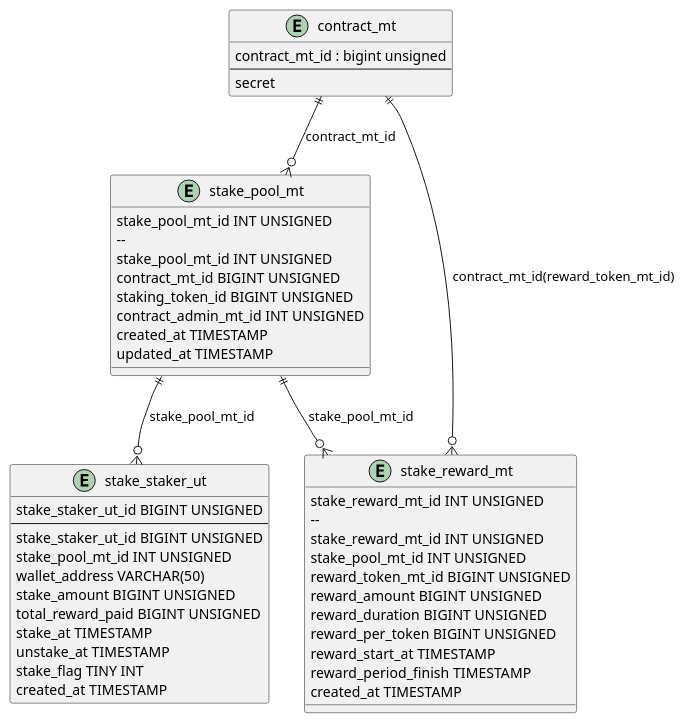
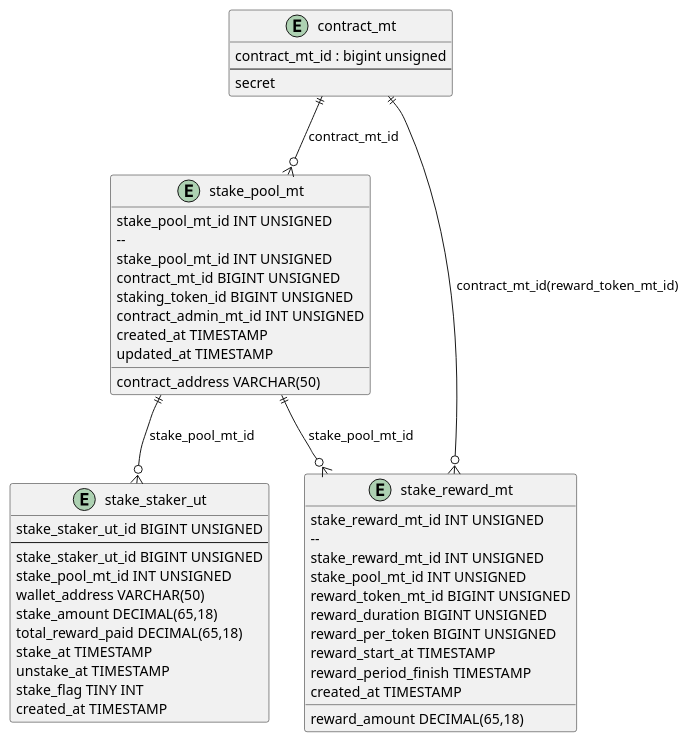
The diagram in documents/ERD/ERD.puml (shinIgor/stake-api), drawn with PlantUML before and after one commit. The commit also changed 10 other files, not shown here.

```diff
--- a/documents/ERD/ERD.puml
+++ b/documents/ERD/ERD.puml
@@ -1,57 +1,58 @@
 @startuml
 'https://docs.google.com/spreadsheets/d/17_o1Sys_XAPWzm45wTlv57WyS9zAWIb-IyHPZO2fBqE/edit#gid=271782268
 
 entity "contract_mt" as contract_mt {
   contract_mt_id : bigint unsigned
   --
     secret
 }
 
 entity "stake_pool_mt" as stake_mt {
  stake_pool_mt_id INT UNSIGNED
   --
  stake_pool_mt_id INT UNSIGNED
  contract_mt_id BIGINT UNSIGNED
  staking_token_id BIGINT UNSIGNED
  contract_admin_mt_id INT UNSIGNED
+ contract_address VARCHAR(50)
  created_at TIMESTAMP
  updated_at TIMESTAMP
 }
 
 entity "stake_reward_mt" as reward_mt {
  stake_reward_mt_id INT UNSIGNED
   --
  stake_reward_mt_id INT UNSIGNED
  stake_pool_mt_id INT UNSIGNED
  reward_token_mt_id BIGINT UNSIGNED
- reward_amount BIGINT UNSIGNED
+ reward_amount DECIMAL(65,18)
  reward_duration BIGINT UNSIGNED
  reward_per_token BIGINT UNSIGNED
  reward_start_at TIMESTAMP
  reward_period_finish TIMESTAMP
  created_at TIMESTAMP
 }
 
 entity "stake_staker_ut" as stake_ut {
   stake_staker_ut_id BIGINT UNSIGNED
   --
   stake_staker_ut_id BIGINT UNSIGNED
   stake_pool_mt_id INT UNSIGNED
   wallet_address VARCHAR(50)
-  stake_amount BIGINT UNSIGNED
-  total_reward_paid BIGINT UNSIGNED
+  stake_amount DECIMAL(65,18)
+  total_reward_paid DECIMAL(65,18)
   stake_at TIMESTAMP
   unstake_at TIMESTAMP
   stake_flag TINY INT
   created_at TIMESTAMP
 }
 
 '------------------------------------------------------------
 contract_mt ||--o{ stake_mt : contract_mt_id
 stake_mt ||--o{ reward_mt: stake_pool_mt_id
 contract_mt ||--o{ reward_mt: contract_mt_id(reward_token_mt_id)
 stake_mt||--o{ stake_ut : stake_pool_mt_id
 
 
 
 @enduml
```
